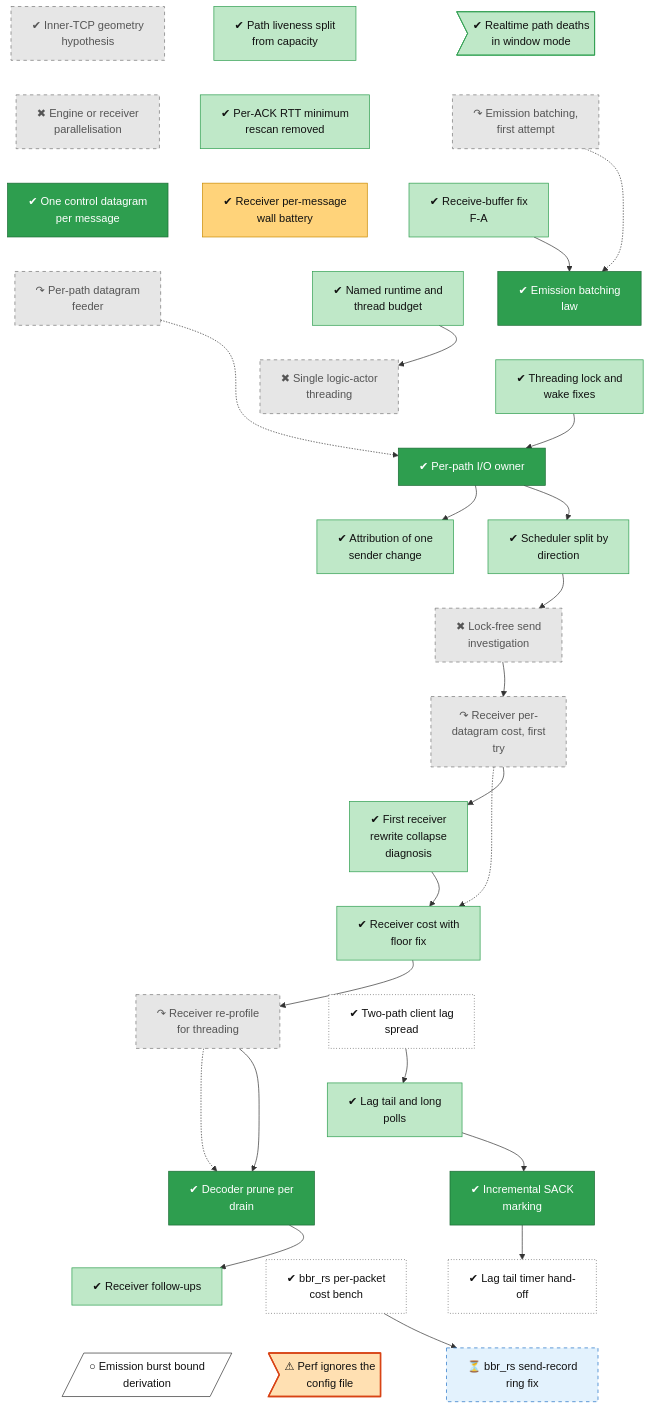
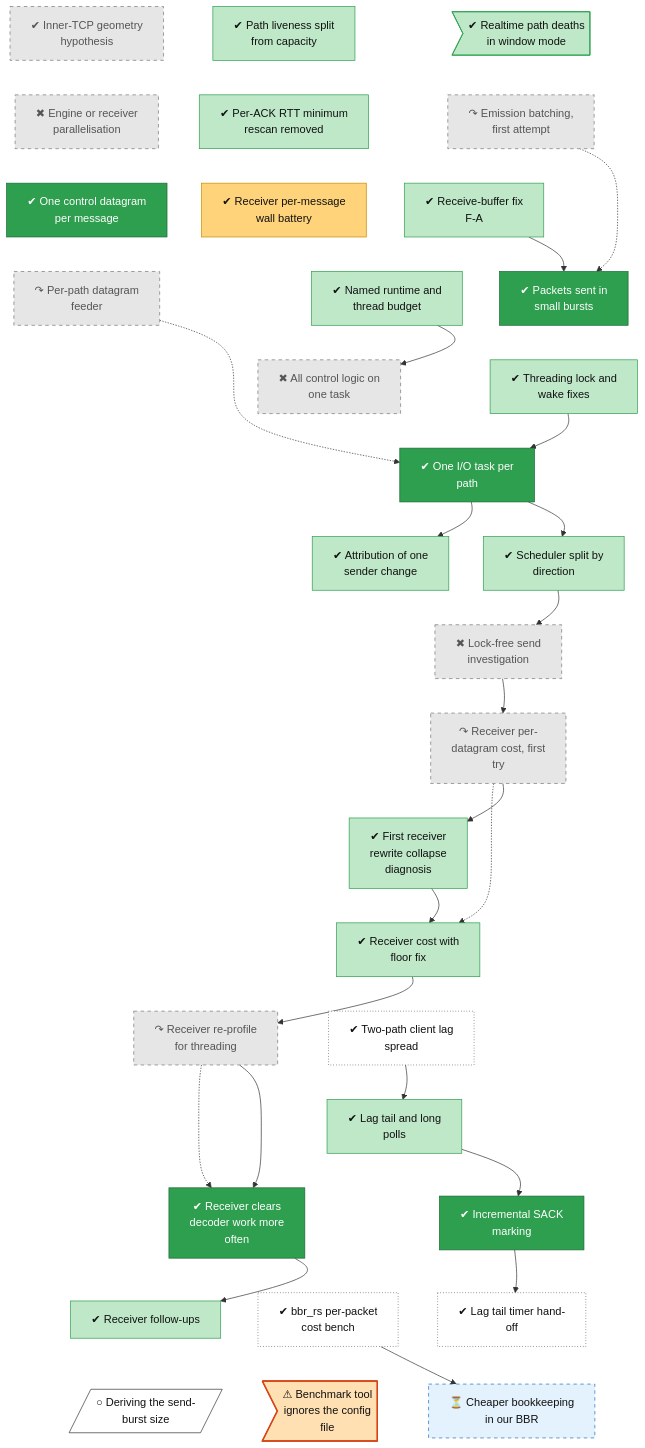
The diagram in docs/roadmap/tracks/perf.md (lhns/raptorpath), drawn with Mermaid before and after one commit. The commit also changed other lines of this file and 15 other files, not shown here.

First line of the commit message:
roadmap: titles and plain sentences from the re-check

```diff
--- a/docs/roadmap/tracks/perf.md
+++ b/docs/roadmap/tracks/perf.md
@@ -18,12 +18,12 @@
     perf_recv_msg_wall["✔ Receiver per-message<br/>wall battery"]
     perf_ack_merge["✔ One control datagram<br/>per message"]
     perf_rcvbuf["✔ Receive-buffer fix<br/>F-A"]
-    perf_emit_batch_law0["✔ Emission batching<br/>law"]
+    perf_emit_batch_law0["✔ Packets sent in<br/>small bursts"]
     perf_quic_feeder["↷ Per-path datagram<br/>feeder"]
     perf_threading_p0["✔ Named runtime and<br/>thread budget"]
     perf_threading_p1["✔ Threading lock and<br/>wake fixes"]
-    perf_threading_p2a["✖ Single logic-actor<br/>threading"]
-    perf_io_owner["✔ Per-path I/O owner"]
+    perf_threading_p2a["✖ All control logic on<br/>one task"]
+    perf_io_owner["✔ One I/O task per<br/>path"]
     perf_d9_attribution["✔ Attribution of one<br/>sender change"]
     perf_sched_split["✔ Scheduler split by<br/>direction"]
     perf_q3_investigation["✖ Lock-free send<br/>investigation"]
@@ -34,13 +34,13 @@
     perf_c8_lag["✔ Two-path client lag<br/>spread"]
     perf_s26_long_polls["✔ Lag tail and long<br/>polls"]
     perf_incremental_sack["✔ Incremental SACK<br/>marking"]
-    perf_decoder_prune["✔ Decoder prune per<br/>drain"]
+    perf_decoder_prune["✔ Receiver clears<br/>decoder work more<br/>often"]
     perf_s33_timer["✔ Lag tail timer hand-<br/>off"]
     perf_receiver_followups["✔ Receiver follow-ups"]
     perf_bbrrs_ns_cost["✔ bbr_rs per-packet<br/>cost bench"]
-    perf_bbrrs_ring_fix["⏳ bbr_rs send-record<br/>ring fix"]
-    perf_fix_burst_bound[/"○ Emission burst bound<br/>derivation"/]
-    perf_config_dropped>"⚠ Perf ignores the<br/>config file"]
+    perf_bbrrs_ring_fix["⏳ Cheaper bookkeeping<br/>in our BBR"]
+    perf_fix_burst_bound[/"○ Deriving the send-<br/>burst size"/]
+    perf_config_dropped>"⚠ Benchmark tool<br/>ignores the config<br/>file"]
     perf_liveness_split ~~~ perf_rtt_rescan
     perf_native_geometry ~~~ perf_parallelisation
     perf_realtime_path_death ~~~ perf_emit_batch_v1
```
